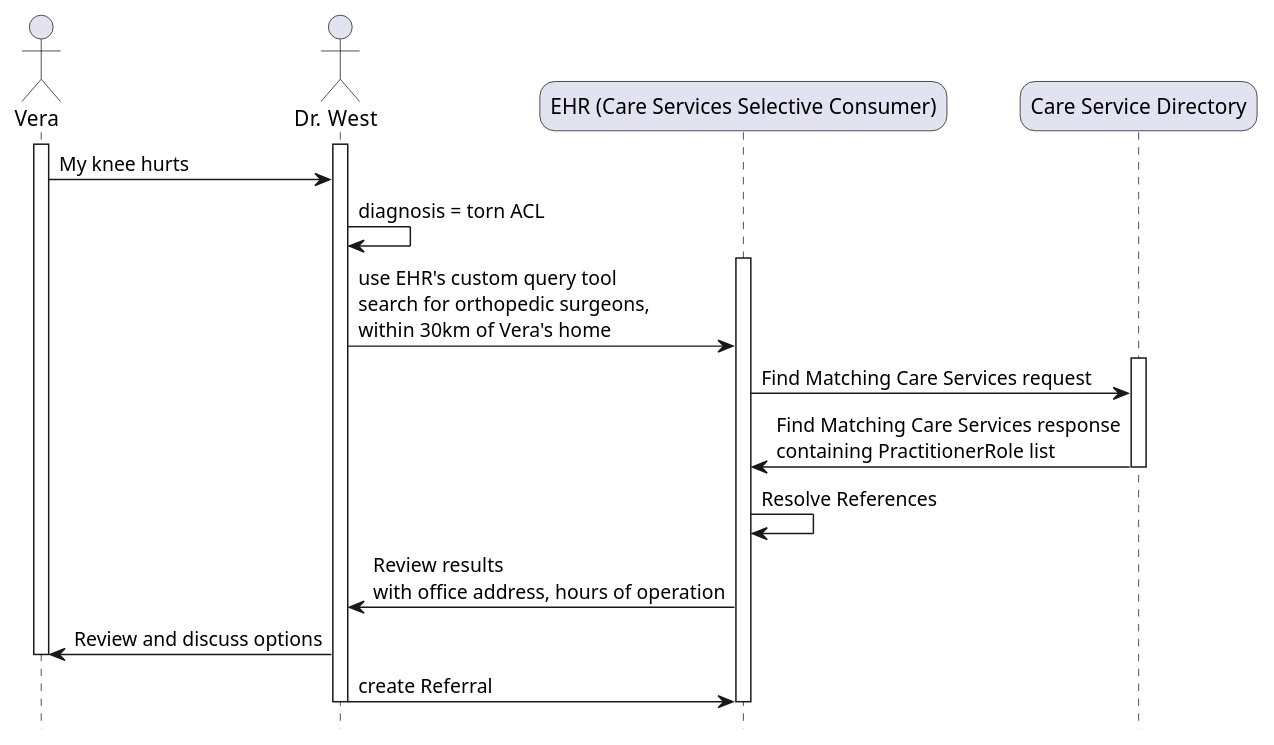
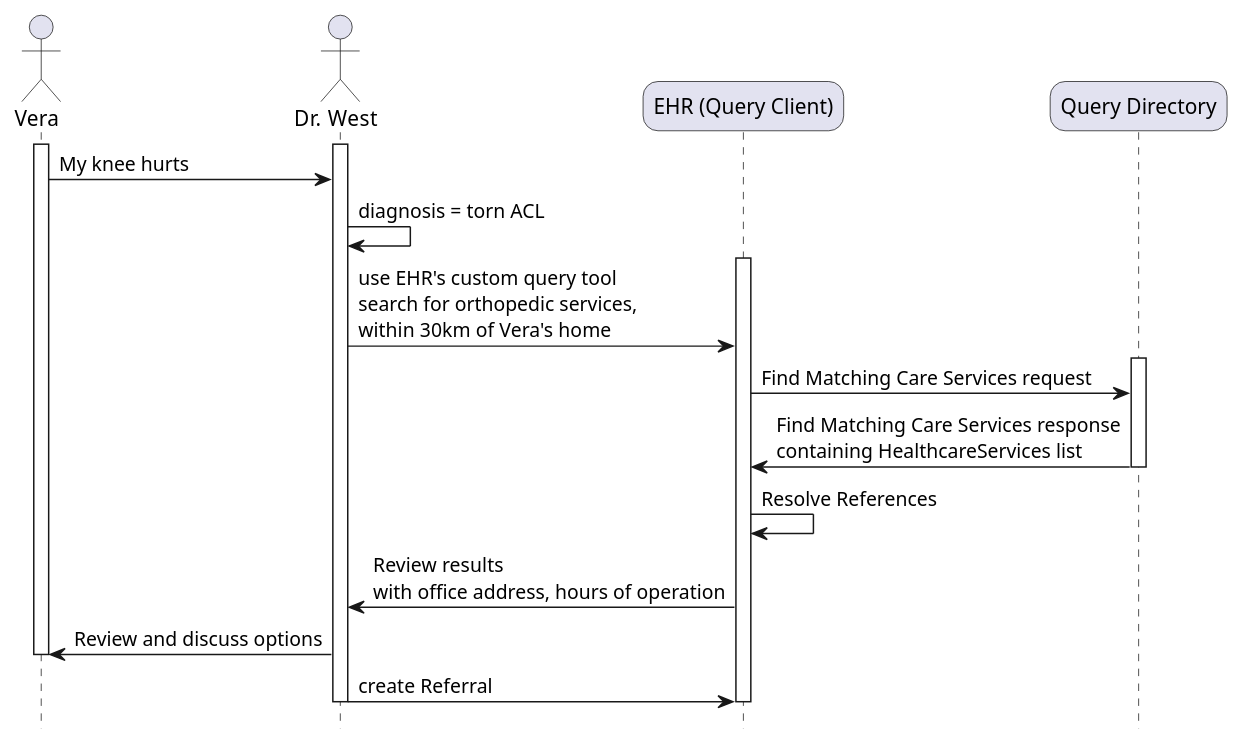
The diagram in input/images-source/care-services-use-case-1.plantuml (nuts-foundation/nl-generic-functions-ig), drawn with PlantUML before and after one commit. The commit also changed 27 other files, not shown here.

```diff
--- a/input/images-source/care-services-use-case-1.plantuml
+++ b/input/images-source/care-services-use-case-1.plantuml
@@ -1,31 +1,31 @@
 @startuml care-services-use-case-1
 
 skinparam roundcorner 20
 skinparam defaultFontName Arial 
 hide footbox
 
 !pragma teoz true
 
 actor  Patient as "Vera"
 actor  Doctor as "Dr. West"
-participant  EHR as "EHR (Care Services Selective Consumer)"
-participant  CSD as "Care Service Directory"
+participant  EHR as "EHR (Query Client)"
+participant  CSD as "Query Directory"
 
 activate Patient
 activate Doctor
 Patient -> Doctor: My knee hurts
 Doctor -> Doctor: diagnosis = torn ACL
 activate EHR
-Doctor -> EHR: use EHR's custom query tool \nsearch for orthopedic surgeons, \nwithin 30km of Vera's home
+Doctor -> EHR: use EHR's custom query tool \nsearch for orthopedic services, \nwithin 30km of Vera's home
 activate CSD
 EHR-> CSD: Find Matching Care Services request
-CSD -> EHR: Find Matching Care Services response\ncontaining PractitionerRole list
+CSD -> EHR: Find Matching Care Services response\ncontaining HealthcareServices list
 deactivate CSD
 EHR -> EHR: Resolve References
 EHR -> Doctor : Review results\nwith office address, hours of operation
 Doctor -> Patient: Review and discuss options
 deactivate Patient
 Doctor -> EHR: create Referral
 deactivate Doctor
 deactivate EHR
 @enduml
```
